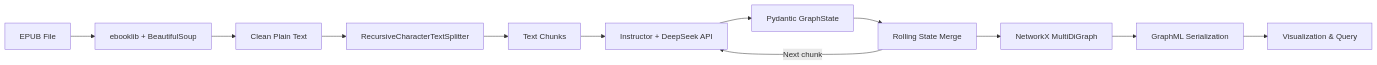
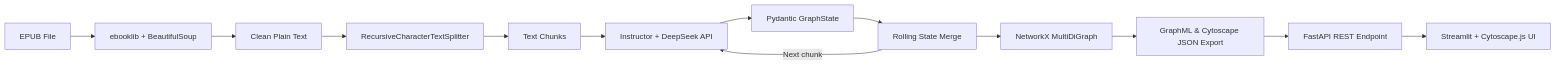
Before and after one commit to Ziyong-Zhang/RAGraph: the diagram in harness/project.md, drawn with Mermaid. The commit also changed other lines of this file and 2 other files, not shown here.

Commit message:
Update harness md

````diff
--- a/harness/project.md
+++ b/harness/project.md
@@ -54,14 +56,15 @@
 ```mermaid
 flowchart LR
     A[EPUB File] --> B[ebooklib + BeautifulSoup]
     B --> C[Clean Plain Text]
     C --> D[RecursiveCharacterTextSplitter]
     D --> E[Text Chunks]
     E --> F[Instructor + DeepSeek API]
     F --> G[Pydantic GraphState]
     G --> H[Rolling State Merge]
     H -- Next chunk --> F
     H --> I[NetworkX MultiDiGraph]
-    I --> J[GraphML Serialization]
-    J --> K[Visualization & Query]
+    I --> J[GraphML & Cytoscape JSON Export]
+    J --> K[FastAPI REST Endpoint]
+    K --> L[Streamlit + Cytoscape.js UI]
 ```
````
